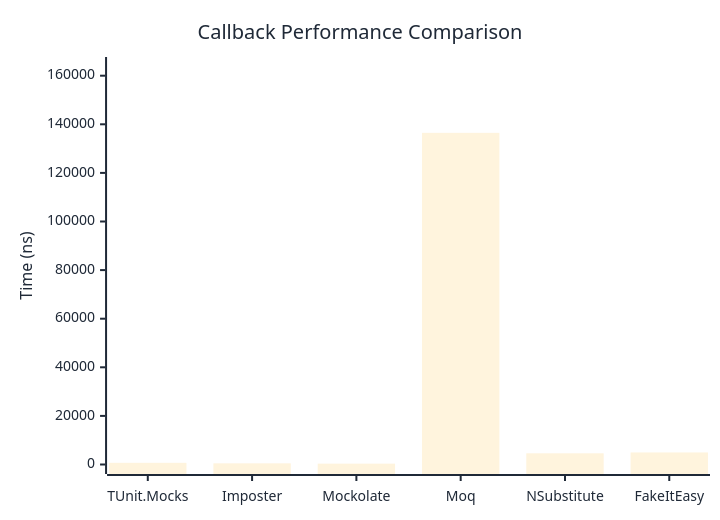
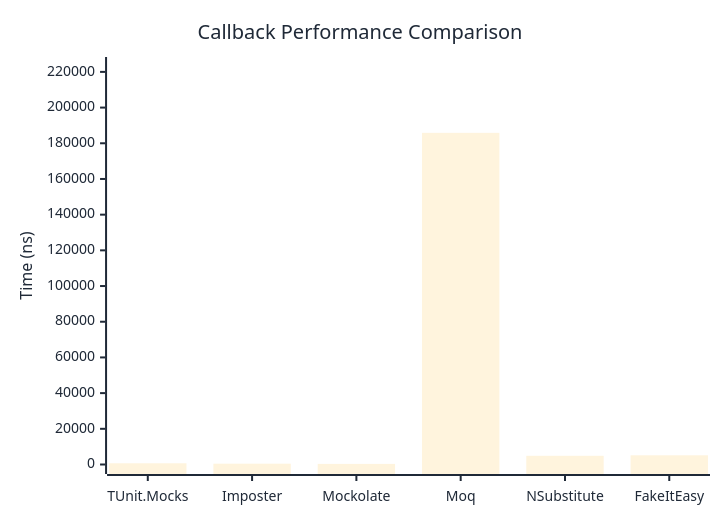
The first of 2 diagrams in docs/docs/benchmarks/mocks/Callback.md (thomhurst/TUnit), drawn with Mermaid before and after one commit. The commit also changed other lines of this file and 14 other files, not shown here.

````diff
--- a/docs/docs/benchmarks/mocks/Callback.md
+++ b/docs/docs/benchmarks/mocks/Callback.md
@@ -30,27 +30,27 @@
 ```mermaid
 %%{init: {
   'theme':'base',
   'themeVariables': {
     'primaryColor': '#2563eb',
     'primaryTextColor': '#1f2937',
     'primaryBorderColor': '#1e40af',
     'lineColor': '#6b7280',
     'secondaryColor': '#7c3aed',
     'tertiaryColor': '#dc2626',
     'background': '#ffffff',
     'pie1': '#2563eb',
     'pie2': '#7c3aed',
     'pie3': '#dc2626',
     'pie4': '#f59e0b',
     'pie5': '#10b981',
     'pie6': '#06b6d4',
     'pie7': '#ec4899',
     'pie8': '#6366f1'
   }
 }}%%
 xychart-beta
   title "Callback Performance Comparison"
   x-axis ["TUnit.Mocks", "Imposter", "Mockolate", "Moq", "NSubstitute", "FakeItEasy"]
-  y-axis "Time (ns)" 0 --> 163785
-  bar [687.7, 478.4, 353.3, 136486.8, 4610.7, 4958.1]
+  y-axis "Time (ns)" 0 --> 223020
+  bar [687.1, 463.4, 341.4, 185849.2, 4879, 5150.7]
 ```
````
